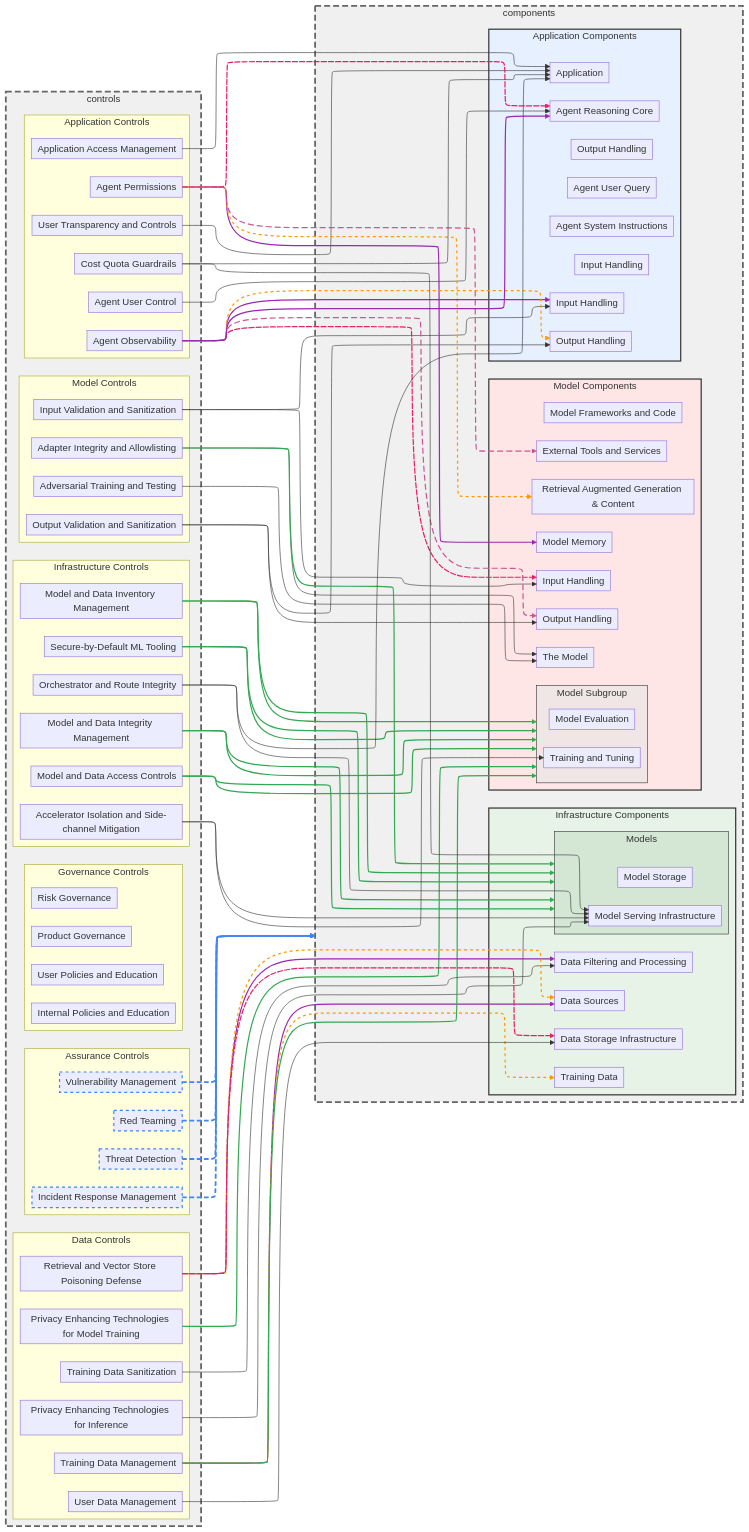
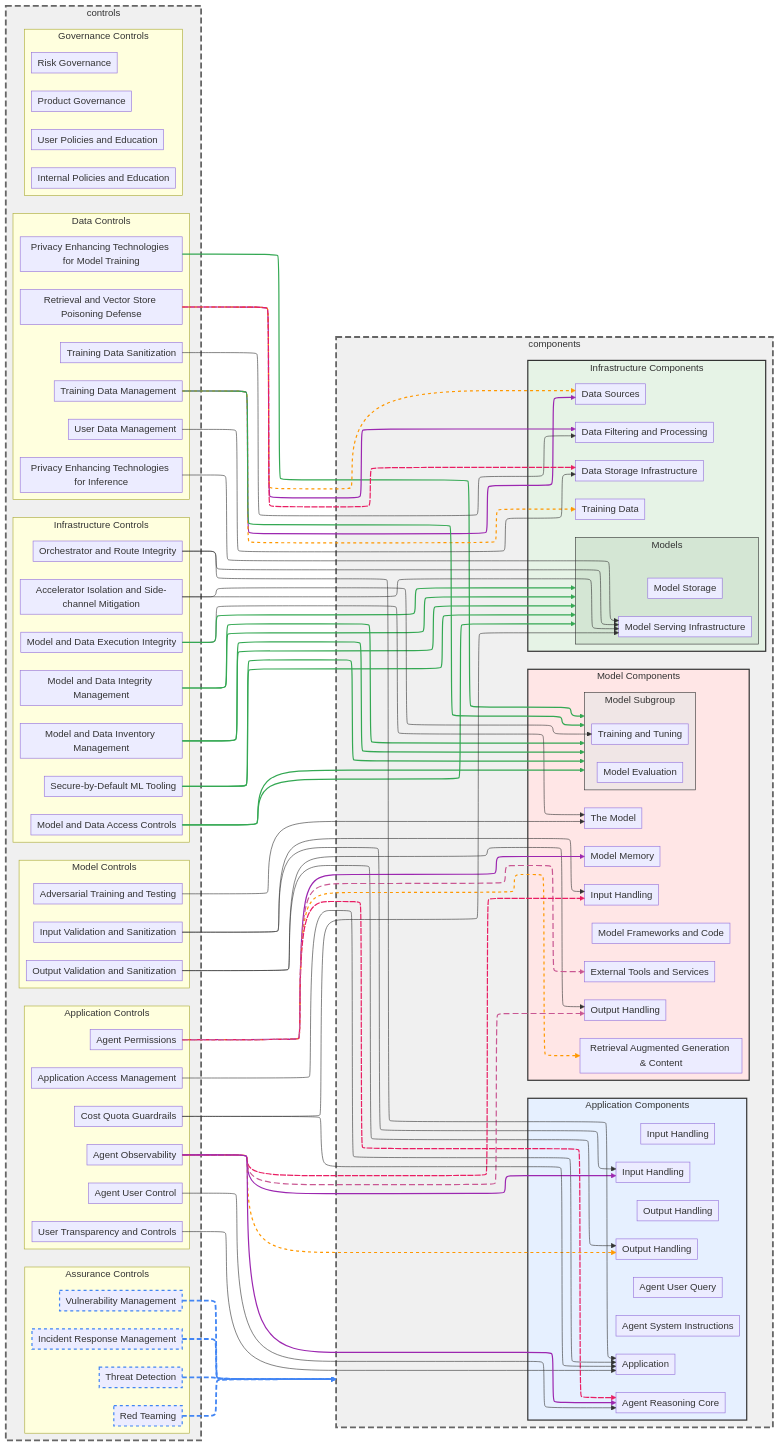
Before and after one commit to davidlabianca/secure-ai-tooling: the diagram in risk-map/diagrams/controls-graph.md, drawn with Mermaid. The commit also changed 13 other files, not shown here.

First line of the commit message:
[Controls][Revert] Add control: Adapter Integrity and Allowlisting

```diff
--- a/risk-map/diagrams/controls-graph.md
+++ b/risk-map/diagrams/controls-graph.md
@@ -25,6 +25,7 @@
     subgraph controlsInfrastructure ["Infrastructure Controls"]
         controlAcceleratorIsolationAndSideChannelMitigation[Accelerator Isolation and Side-channel Mitigation]
         controlModelAndDataAccessControls[Model and Data Access Controls]
+        controlModelAndDataExecutionIntegrity[Model and Data Execution Integrity]
         controlModelAndDataIntegrityManagement[Model and Data Integrity Management]
         controlModelAndDataInventoryManagement[Model and Data Inventory Management]
         controlOrchestratorAndRouteIntegrity[Orchestrator and Route Integrity]
@@ -32,7 +33,6 @@
     end
 
     subgraph controlsModel ["Model Controls"]
-        controlAdapterIntegrityAndAllowlisting[Adapter Integrity and Allowlisting]
         controlAdversarialTrainingAndTesting[Adversarial Training and Testing]
         controlInputValidationAndSanitization[Input Validation and Sanitization]
         controlOutputValidationAndSanitization[Output Validation and Sanitization]
@@ -117,6 +117,8 @@
     controlModelAndDataAccessControls --> componentsModels
     controlModelAndDataIntegrityManagement --> componentsModelSubgroup
     controlModelAndDataIntegrityManagement --> componentsModels
+    controlModelAndDataExecutionIntegrity --> componentTheModel
+    controlModelAndDataExecutionIntegrity --> componentsModels
     controlSecureByDefaultMLTooling --> componentsModelSubgroup
     controlSecureByDefaultMLTooling --> componentsModels
     controlInputValidationAndSanitization --> componentAgentInputHandling
@@ -145,8 +147,6 @@
     controlRetrievalAndVectorStorePoisoningDefense --> componentDataFilteringAndProcessing
     controlRetrievalAndVectorStorePoisoningDefense --> componentDataSources
     controlRetrievalAndVectorStorePoisoningDefense --> componentDataStorage
-    controlAdapterIntegrityAndAllowlisting --> componentTheModel
-    controlAdapterIntegrityAndAllowlisting --> componentsModels
     controlOrchestratorAndRouteIntegrity --> componentApplication
     controlOrchestratorAndRouteIntegrity --> componentModelServing
     controlCostQuotaGuardrails --> componentApplication
@@ -159,12 +159,12 @@
     controlVulnerabilityManagement:::allControl
 
     %% Edge styling
-    linkStyle 27,28,29,30 stroke:#4285f4,stroke-width:3px,stroke-dasharray: 8 4
-    linkStyle 0,4,7,8,9,10,11,12,13,14,42 stroke:#34a853,stroke-width:2px
-    linkStyle 2,23,31,35,38 stroke:#9c27b0,stroke-width:2px
-    linkStyle 3,24,32,39 stroke:#ff9800,stroke-width:2px,stroke-dasharray: 5 5
-    linkStyle 25,33,40 stroke:#e91e63,stroke-width:2px,stroke-dasharray: 10 2
-    linkStyle 26,34 stroke:#C95792,stroke-width:2px,stroke-dasharray: 10 5
+    linkStyle 29,30,31,32 stroke:#4285f4,stroke-width:3px,stroke-dasharray: 8 4
+    linkStyle 0,4,7,8,9,10,11,12,14,15,16 stroke:#34a853,stroke-width:2px
+    linkStyle 2,25,33,37,40 stroke:#9c27b0,stroke-width:2px
+    linkStyle 3,26,34,41 stroke:#ff9800,stroke-width:2px,stroke-dasharray: 5 5
+    linkStyle 27,35,42 stroke:#e91e63,stroke-width:2px,stroke-dasharray: 10 2
+    linkStyle 28,36 stroke:#C95792,stroke-width:2px,stroke-dasharray: 10 5
 
 %% Node style definitions
     style components fill:#f0f0f0,stroke:#666666,stroke-width:3px,stroke-dasharray: 10 5
```
